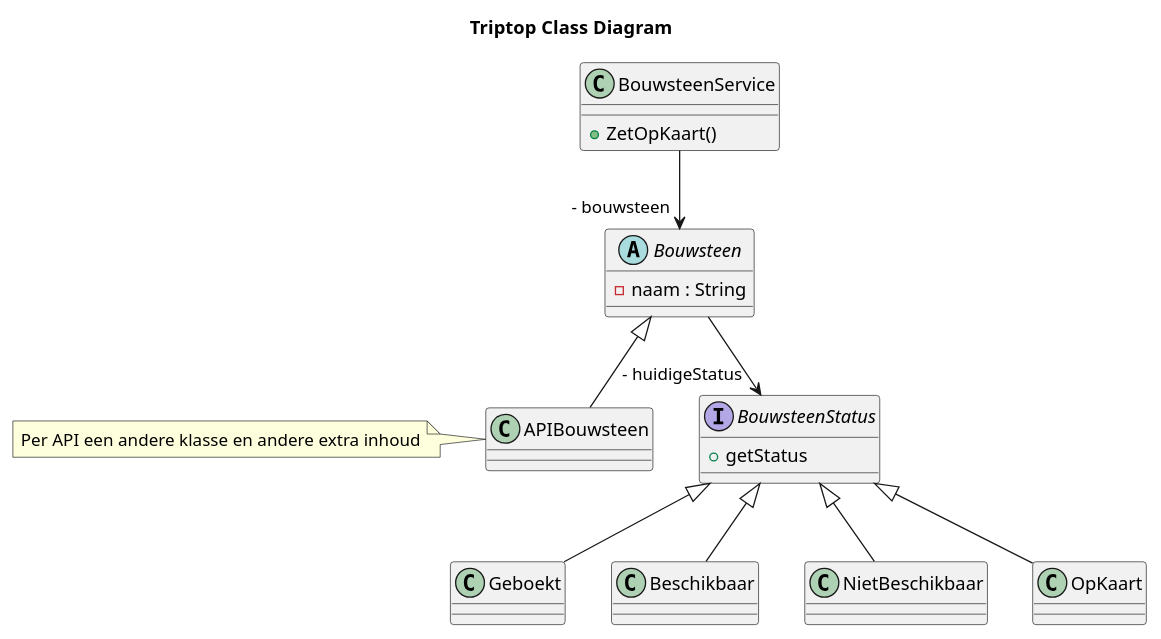
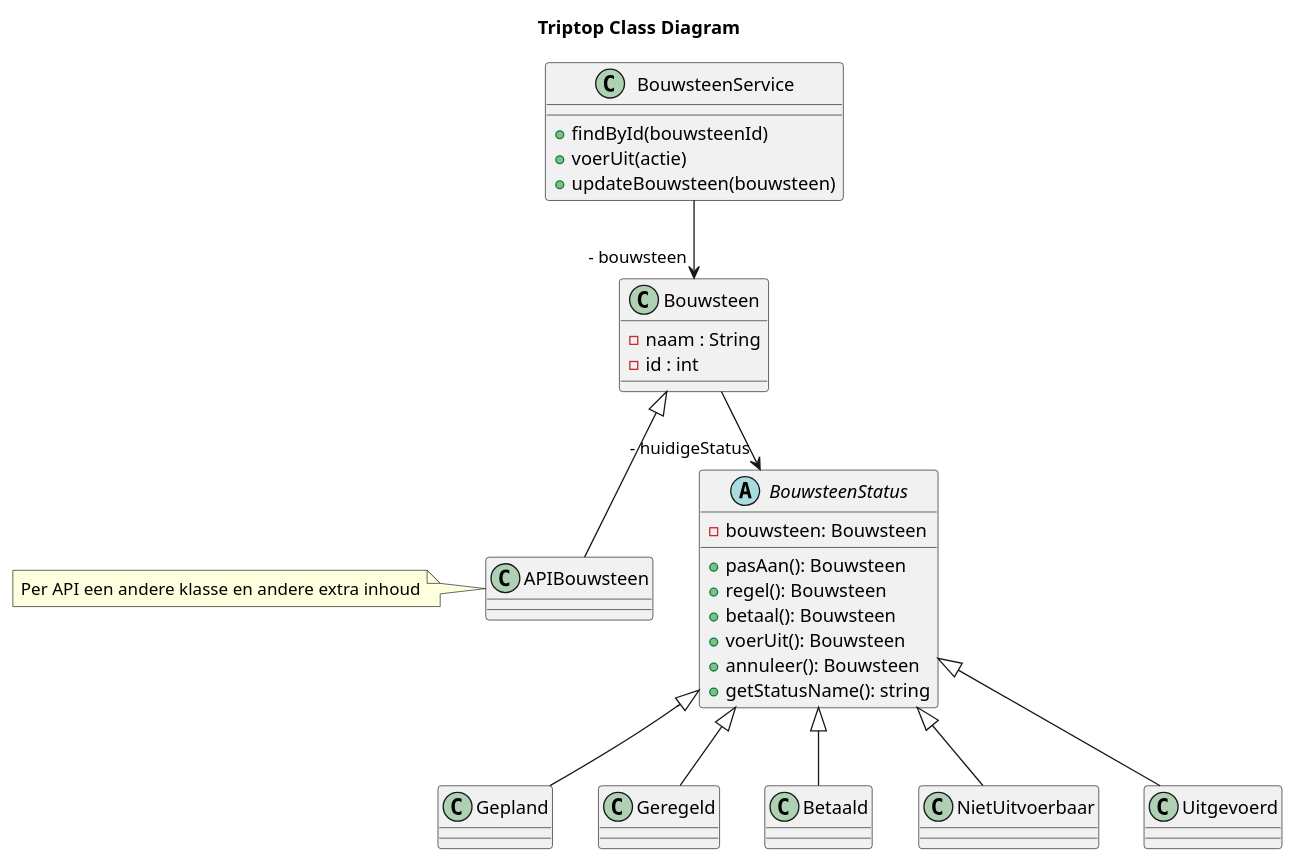
One commit to AIM-ENE-feb25/triptop-groep-1-met-third-wheel changed the diagram in individueel/diagram/class/Ninthe-TripTopClassDiagram.puml. Above: the diagram before and after it, drawn with PlantUML. The commit also changed 1 other file, not shown here.

Commit message:
class diagram veranderd en sequentie diagram

```diff
--- a/individueel/diagram/class/Ninthe-TripTopClassDiagram.puml
+++ b/individueel/diagram/class/Ninthe-TripTopClassDiagram.puml
@@ -1,30 +1,41 @@
 @startuml
 title Triptop Class Diagram
 class BouwsteenService{
-    + ZetOpKaart()
+   + findById(bouwsteenId)
+   + voerUit(actie)
+   + updateBouwsteen(bouwsteen)
 }
 
-abstract class Bouwsteen {
+class Bouwsteen {
     - naam : String
+    - id : int
 }
 
-interface BouwsteenStatus {
- + getStatus
+abstract class BouwsteenStatus {
+- bouwsteen: Bouwsteen
+ + pasAan(): Bouwsteen
+ + regel(): Bouwsteen
+ + betaal(): Bouwsteen
+ + voerUit(): Bouwsteen
+ + annuleer(): Bouwsteen
+ + getStatusName(): string
 }
 
-class Geboekt
-class Beschikbaar
-class NietBeschikbaar
-class OpKaart
+class Gepland
+class Geregeld
+class Betaald
+class NietUitvoerbaar
+class Uitgevoerd
 
 class APIBouwsteen
 note left: Per API een andere klasse en andere extra inhoud
 
 Bouwsteen --> " - huidigeStatus"BouwsteenStatus
 BouwsteenService --> " - bouwsteen" Bouwsteen
 Bouwsteen ^-- APIBouwsteen
-BouwsteenStatus ^-- Geboekt
-BouwsteenStatus ^-- Beschikbaar
-BouwsteenStatus ^-- NietBeschikbaar
-BouwsteenStatus ^-- OpKaart
+BouwsteenStatus ^-- Gepland
+BouwsteenStatus ^-- Geregeld
+BouwsteenStatus ^-- Betaald
+BouwsteenStatus ^-- NietUitvoerbaar
+BouwsteenStatus ^-- Uitgevoerd
 @enduml
```
